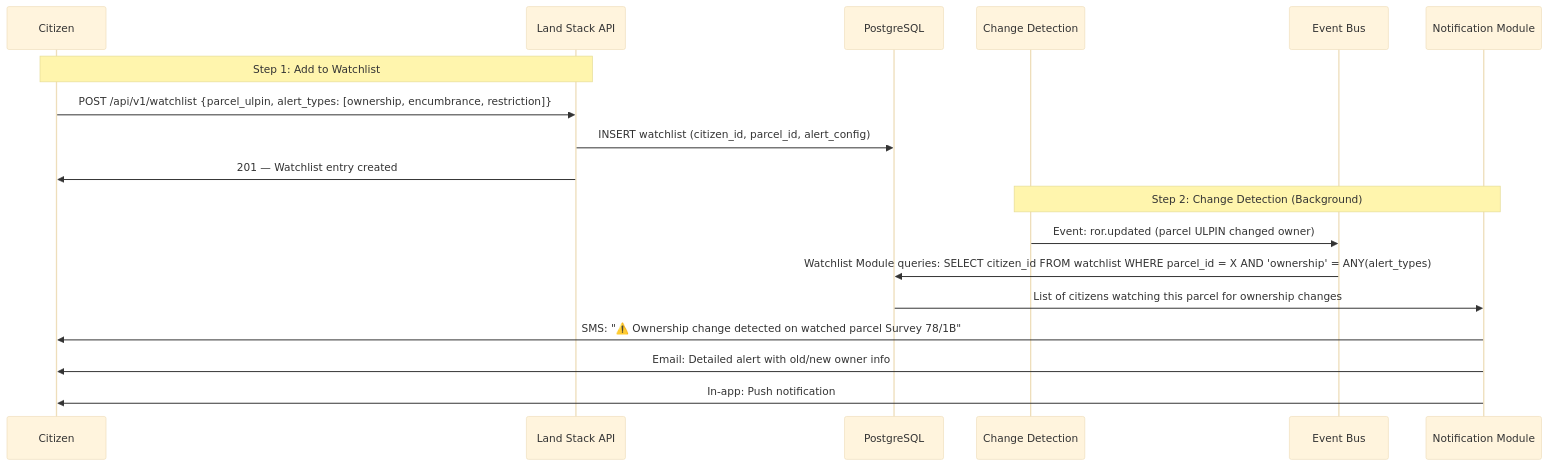
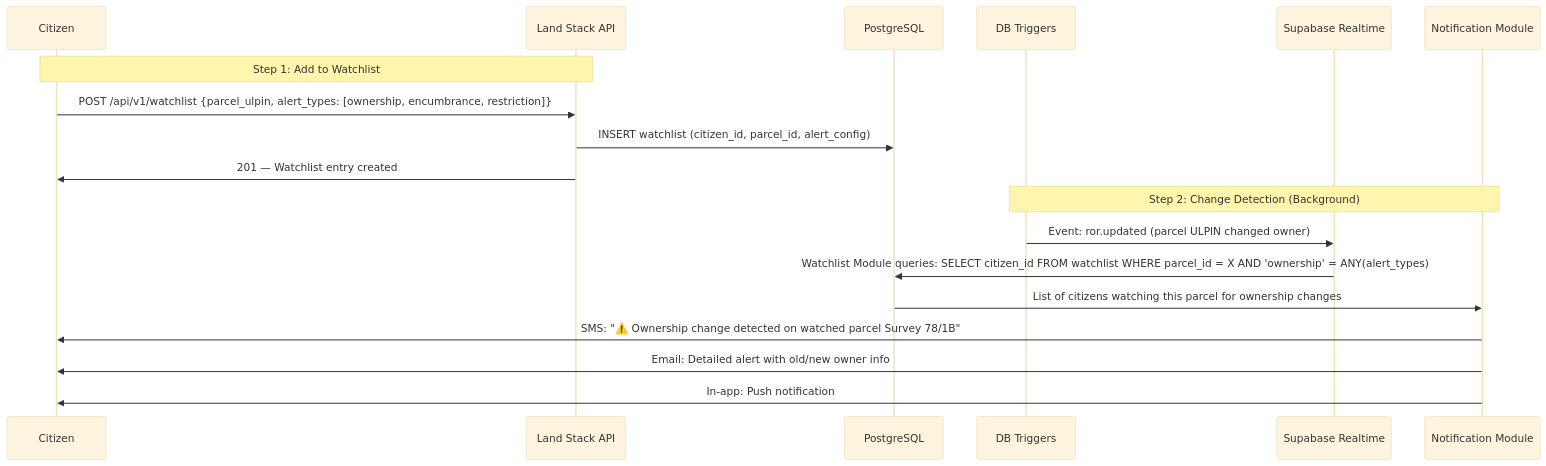
Before and after one commit to Abhishekgujar28/LAND-STACK: the eighth of 21 diagrams in docs/main-docs/workflows.md, drawn with Mermaid (base theme). The commit also changed other lines of this file and 53 other files, not shown here.

````diff
--- a/docs/main-docs/workflows.md
+++ b/docs/main-docs/workflows.md
@@ -707,22 +709,22 @@
 ```mermaid
 sequenceDiagram
     participant C as Citizen
     participant API as Land Stack API
     participant DB as PostgreSQL
-    participant CDC as Change Detection
-    participant KAFKA as Event Bus
+    participant CDC as DB Triggers
+    participant RT as Supabase Realtime
     participant NT as Notification Module
 
     Note over C,API: Step 1: Add to Watchlist
     C->>API: POST /api/v1/watchlist {parcel_ulpin, alert_types: [ownership, encumbrance, restriction]}
     API->>DB: INSERT watchlist (citizen_id, parcel_id, alert_config)
     API->>C: 201 — Watchlist entry created
 
     Note over CDC,NT: Step 2: Change Detection (Background)
-    CDC->>KAFKA: Event: ror.updated (parcel ULPIN changed owner)
-    KAFKA->>DB: Watchlist Module queries: SELECT citizen_id FROM watchlist WHERE parcel_id = X AND 'ownership' = ANY(alert_types)
+    CDC->>RT: Event: ror.updated (parcel ULPIN changed owner)
+    RT->>DB: Watchlist Module queries: SELECT citizen_id FROM watchlist WHERE parcel_id = X AND 'ownership' = ANY(alert_types)
     DB->>NT: List of citizens watching this parcel for ownership changes
     NT->>C: SMS: "⚠️ Ownership change detected on watched parcel Survey 78/1B"
     NT->>C: Email: Detailed alert with old/new owner info
     NT->>C: In-app: Push notification
 ```
````
